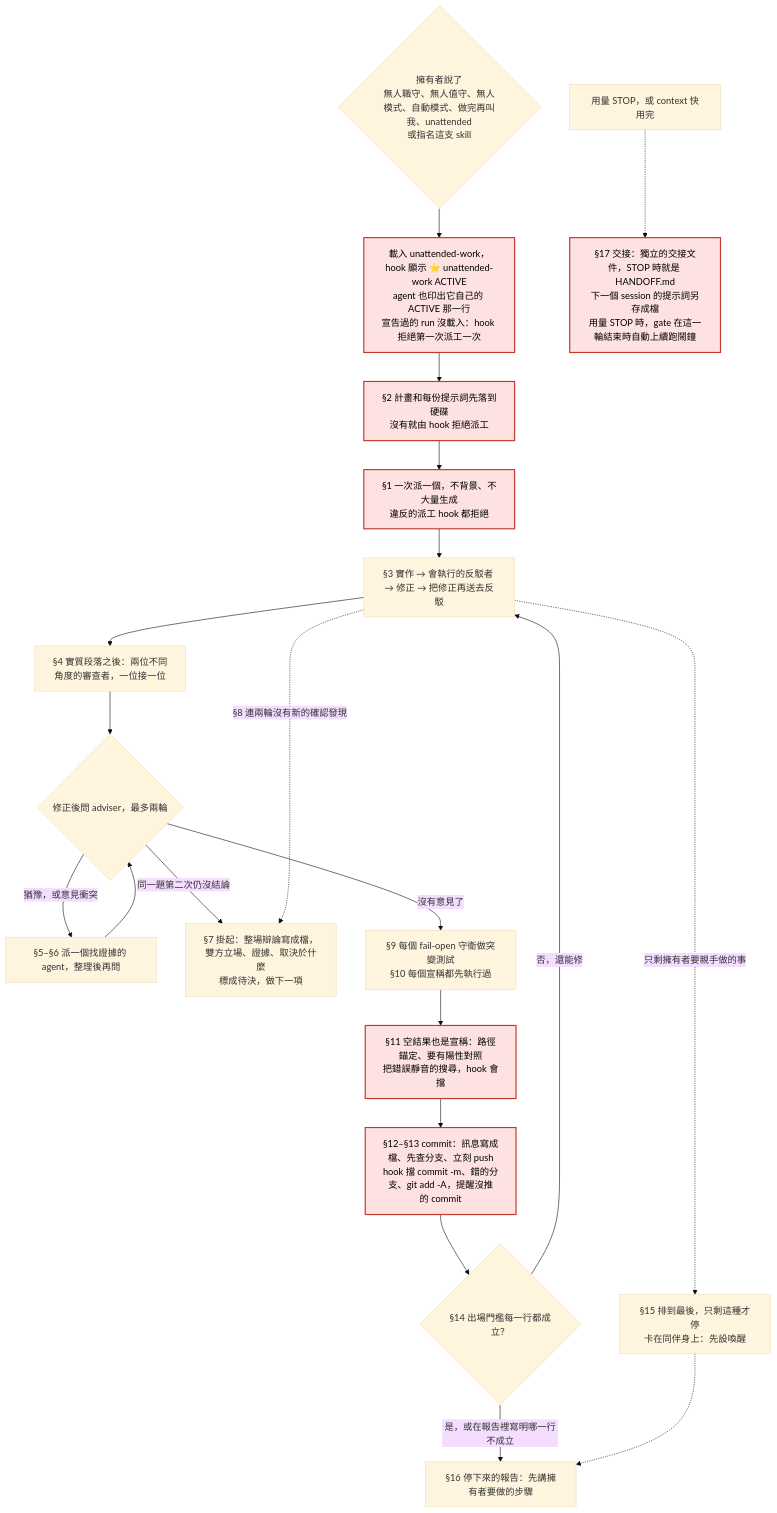
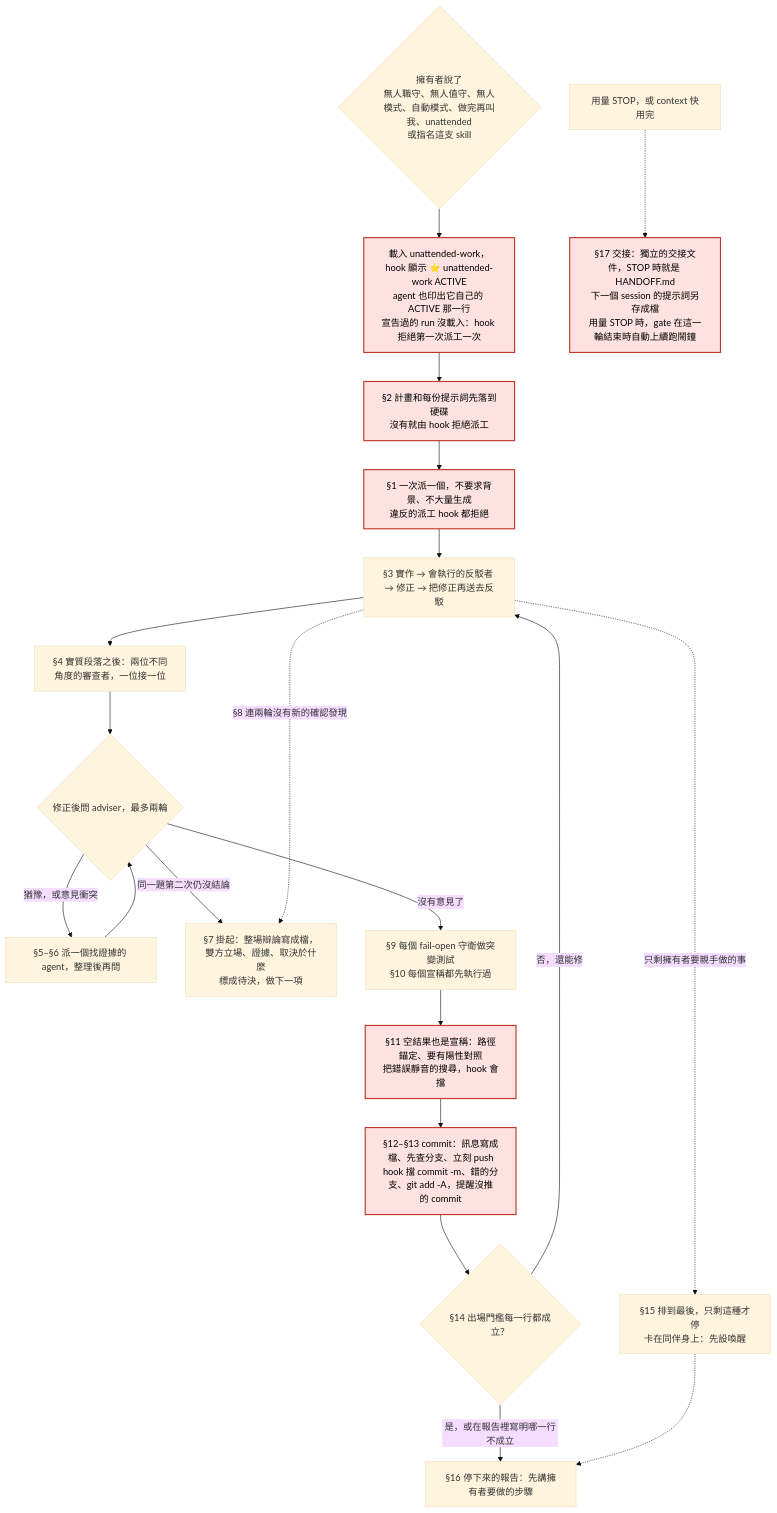
The second of 6 diagrams in README.md (Dino9021/dispatch-guard), drawn with Mermaid (base theme) before and after one commit. The commit also changed other lines of this file and 10 other files, not shown here.

````diff
--- a/README.md
+++ b/README.md
@@ -705,24 +705,24 @@
 ```mermaid
 flowchart TD
   trigger{"擁有者說了<br/>無人職守、無人值守、無人模式、自動模式、做完再叫我、unattended<br/>或指名這支 skill"} --> loadUnattended["載入 unattended-work，hook 顯示 ⭐ unattended-work ACTIVE<br/>agent 也印出它自己的 ACTIVE 那一行<br/>宣告過的 run 沒載入：hook 拒絕第一次派工一次"]
   loadUnattended --> planFirst["§2 計畫和每份提示詞先落到硬碟<br/>沒有就由 hook 拒絕派工"]
-  planFirst --> sequential["§1 一次派一個，不背景、不大量生成<br/>違反的派工 hook 都拒絕"]
+  planFirst --> sequential["§1 一次派一個，不要求背景、不大量生成<br/>違反的派工 hook 都拒絕"]
   sequential --> wave["§3 實作 → 會執行的反駁者 → 修正 → 把修正再送去反駁"]
   wave --> reviewers["§4 實質段落之後：兩位不同角度的審查者，一位接一位"]
   reviewers --> adviser{"修正後問 adviser，最多兩輪"}
   adviser -->|"猶豫，或意見衝突"| debate["§5–§6 派一個找證據的 agent，整理後再問"]
   debate --> adviser
   adviser -->|"同一題第二次仍沒結論"| pend["§7 掛起：整場辯論寫成檔，雙方立場、證據、取決於什麼<br/>標成待決，做下一項"]
   wave -.->|"§8 連兩輪沒有新的確認發現"| pend
   adviser -->|"沒有意見了"| mutationCheck["§9 每個 fail-open 守衛做突變測試<br/>§10 每個宣稱都先執行過"]
   mutationCheck --> emptyResult["§11 空結果也是宣稱：路徑錨定、要有陽性對照<br/>把錯誤靜音的搜尋，hook 會擋"]
   emptyResult --> commitRules["§12–§13 commit：訊息寫成檔、先查分支、立刻 push<br/>hook 擋 commit -m、錯的分支、git add -A，提醒沒推的 commit"]
   commitRules --> exitBar{"§14 出場門檻每一行都成立？"}
   exitBar -->|"否，還能修"| wave
   exitBar -->|"是，或在報告裡寫明哪一行不成立"| stopReport["§16 停下來的報告：先講擁有者要做的步驟"]
   wave -.->|"只剩擁有者要親手做的事"| lastItems["§15 排到最後，只剩這種才停<br/>卡在同伴身上：先設喚醒"]
   lastItems -.-> stopReport
   runningShort["用量 STOP，或 context 快用完"] -.-> handover["§17 交接：獨立的交接文件，STOP 時就是 HANDOFF.md<br/>下一個 session 的提示詞另存成檔<br/>用量 STOP 時，gate 在這一輪結束時自動上續跑鬧鐘"]
   class loadUnattended,planFirst,sequential,emptyResult,commitRules,handover gate
   classDef gate fill:#fde2e1,stroke:#c0392b,stroke-width:2px,color:#000
 ```
````
